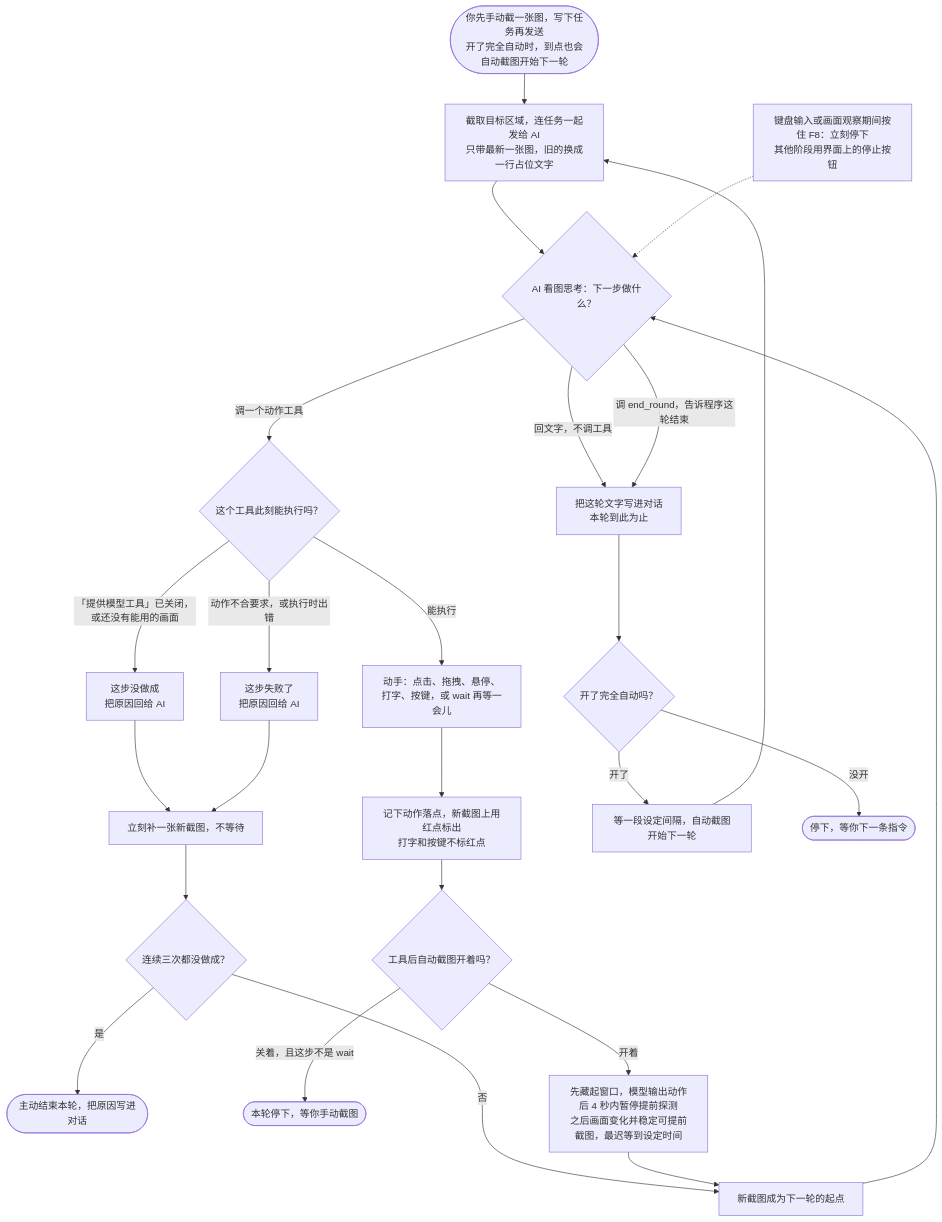
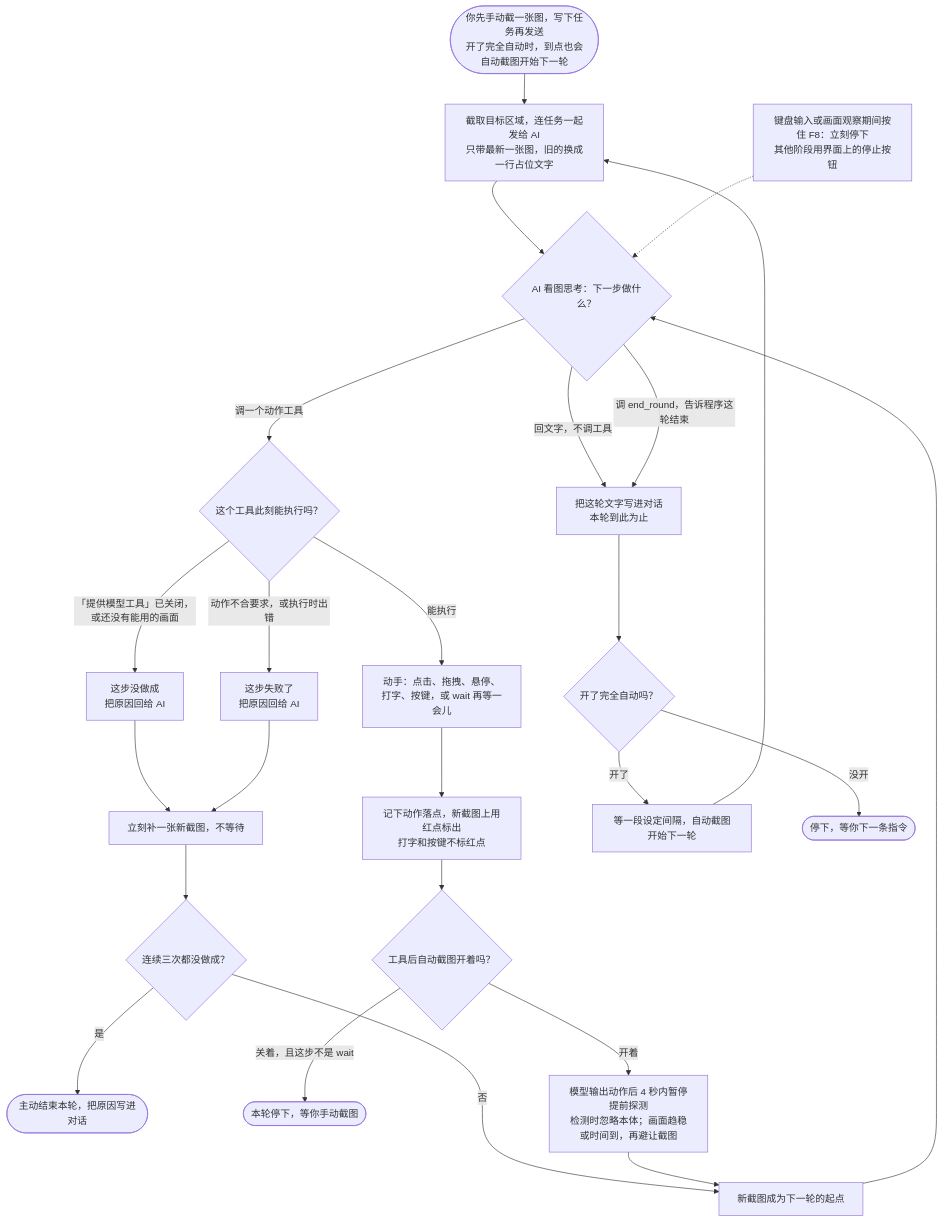
The diagram in README.md (s11IM/VLM_Screenshot_Action), drawn with Mermaid before and after one commit. The commit also changed other lines of this file and 11 other files, not shown here.

````diff
--- a/README.md
+++ b/README.md
@@ -62,26 +62,26 @@
 ```mermaid
 flowchart TD
     A([你先手动截一张图，写下任务再发送<br/>开了完全自动时，到点也会自动截图开始下一轮]) --> B[截取目标区域，连任务一起发给 AI<br/>只带最新一张图，旧的换成一行占位文字]
     B --> C{AI 看图思考：下一步做什么？}
     C -- 回文字，不调工具 --> R[把这轮文字写进对话<br/>本轮到此为止]
     C -- 调 end_round，告诉程序这轮结束 --> R
     C -- 调一个动作工具 --> D{这个工具此刻能执行吗？}
     D -- 「提供模型工具」已关闭，或还没有能用的画面 --> D2[这步没做成<br/>把原因回给 AI]
     D -- 动作不合要求，或执行时出错 --> D3[这步失败了<br/>把原因回给 AI]
     D2 --> I2[立刻补一张新截图，不等待]
     D3 --> I2
     I2 --> I3{连续三次都没做成？}
     I3 -- 是 --> I4([主动结束本轮，把原因写进对话])
     I3 -- 否 --> J
     D -- 能执行 --> E[动手：点击、拖拽、悬停、打字、按键，或 wait 再等一会儿]
     E --> E2[记下动作落点，新截图上用红点标出<br/>打字和按键不标红点]
     E2 --> H{工具后自动截图开着吗？}
     H -- 关着，且这步不是 wait --> H2([本轮停下，等你手动截图])
-    H -- 开着 --> I[先藏起窗口，模型输出动作后 4 秒内暂停提前探测<br/>之后画面变化并稳定可提前截图，最迟等到设定时间]
+    H -- 开着 --> I[模型输出动作后 4 秒内暂停提前探测<br/>检测时忽略本体；画面趋稳或时间到，再避让截图]
     I --> J[新截图成为下一轮的起点]
     J --> C
     R --> K{开了完全自动吗？}
     K -- 开了 --> L[等一段设定间隔，自动截图开始下一轮] --> B
     K -- 没开 --> M([停下，等你下一条指令])
     N[键盘输入或画面观察期间按住 F8：立刻停下<br/>其他阶段用界面上的停止按钮] -.-> C
 ```
````
